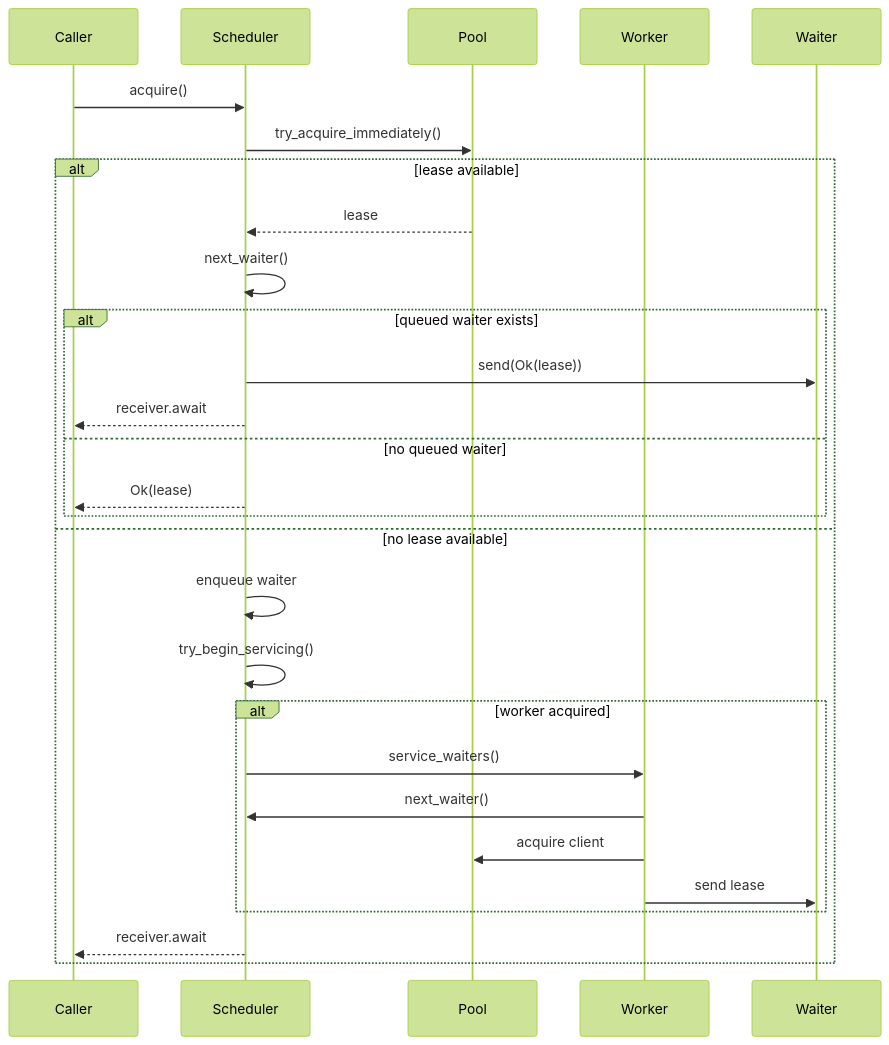
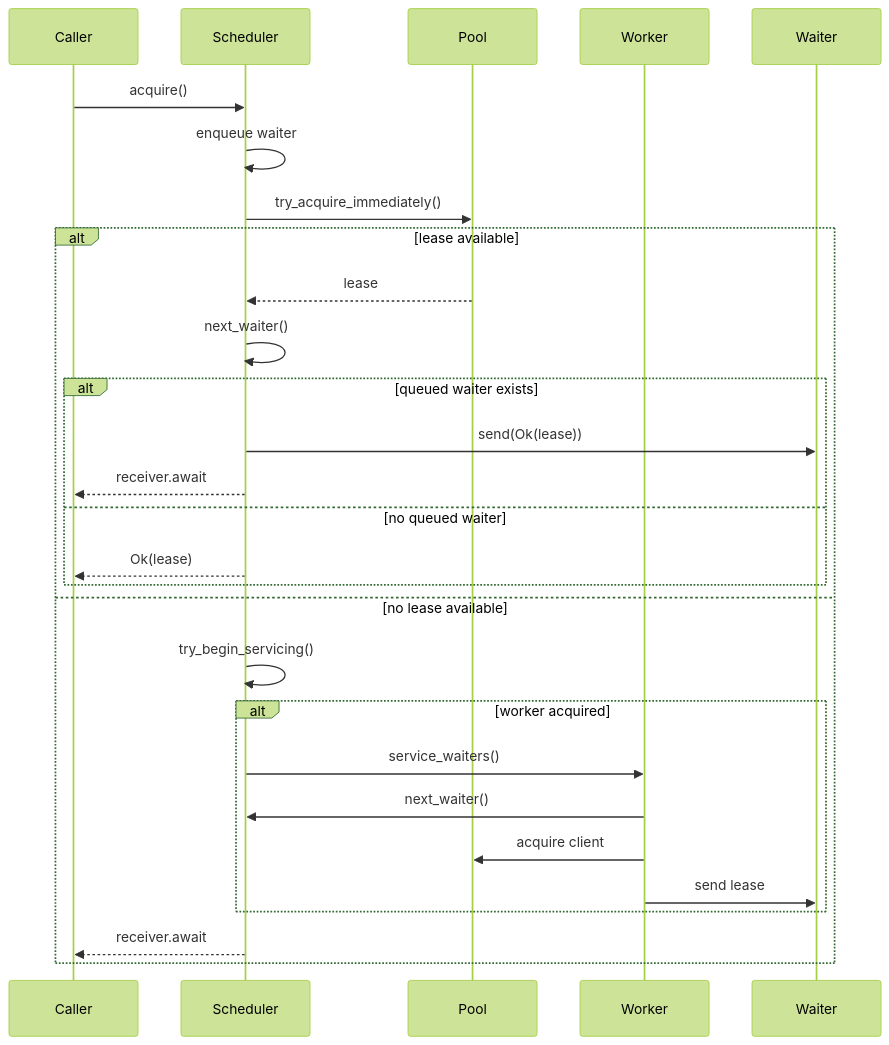
Before and after one commit to leynos/wireframe: the third of 3 diagrams in docs/wireframe-client-design.md, drawn with Mermaid (forest theme). The commit also changed other lines of this file, not shown here.

First line of the commit message:
Correct client-pool acquisition sequence (#535)

````diff
--- a/docs/wireframe-client-design.md
+++ b/docs/wireframe-client-design.md
@@ -574,31 +574,31 @@
 ```mermaid
 sequenceDiagram
     participant Caller
     participant Scheduler
     participant Pool
     participant Worker
     participant Waiter
 
     Caller->>Scheduler: acquire()
+    Scheduler->>Scheduler: enqueue waiter
     Scheduler->>Pool: try_acquire_immediately()
     alt lease available
         Pool-->>Scheduler: lease
         Scheduler->>Scheduler: next_waiter()
         alt queued waiter exists
             Scheduler->>Waiter: send(Ok(lease))
             Scheduler-->>Caller: receiver.await
         else no queued waiter
             Scheduler-->>Caller: Ok(lease)
         end
     else no lease available
-        Scheduler->>Scheduler: enqueue waiter
         Scheduler->>Scheduler: try_begin_servicing()
         alt worker acquired
             Scheduler->>Worker: service_waiters()
             Worker->>Scheduler: next_waiter()
             Worker->>Pool: acquire client
             Worker->>Waiter: send lease
         end
         Scheduler-->>Caller: receiver.await
     end
 ```
````
